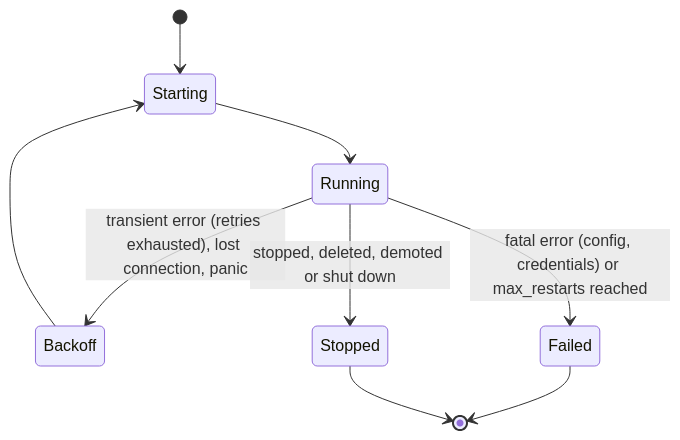
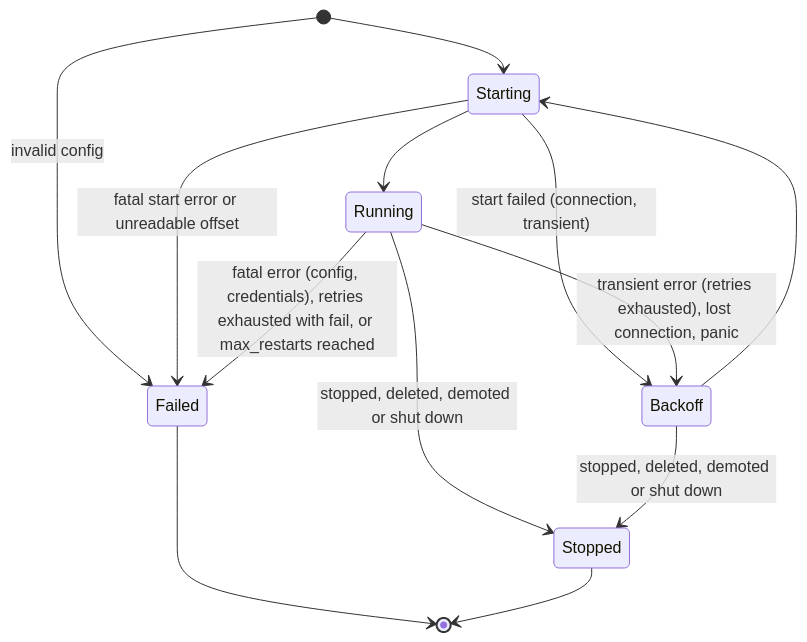
One commit to alternayte/exspeed changed the diagram in docs/connectors.md. Above: the diagram before and after it, drawn with Mermaid. The commit also changed other lines of this file and 1 other file, not shown here.

````diff
--- a/docs/connectors.md
+++ b/docs/connectors.md
@@ -183,11 +202,15 @@
 ```mermaid
 stateDiagram-v2
   [*] --> Starting
+  [*] --> Failed: invalid config
   Starting --> Running
+  Starting --> Backoff: start failed (connection, transient)
+  Starting --> Failed: fatal start error or unreadable offset
   Running --> Backoff: transient error (retries exhausted), lost connection, panic
   Backoff --> Starting
-  Running --> Failed: fatal error (config, credentials) or max_restarts reached
+  Running --> Failed: fatal error (config, credentials), retries exhausted with fail, or max_restarts reached
   Running --> Stopped: stopped, deleted, demoted or shut down
+  Backoff --> Stopped: stopped, deleted, demoted or shut down
   Failed --> [*]
   Stopped --> [*]
 ```
````
